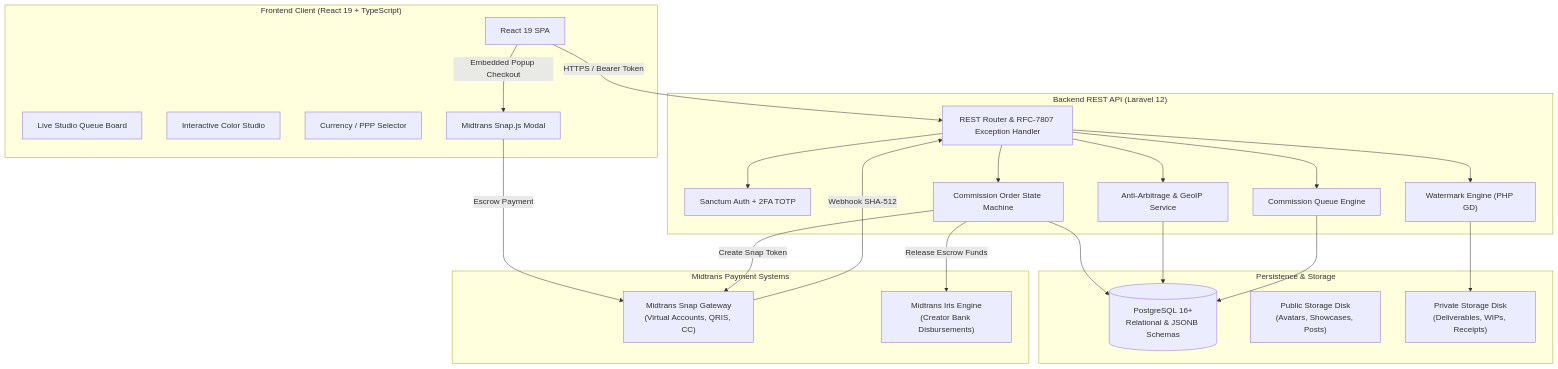
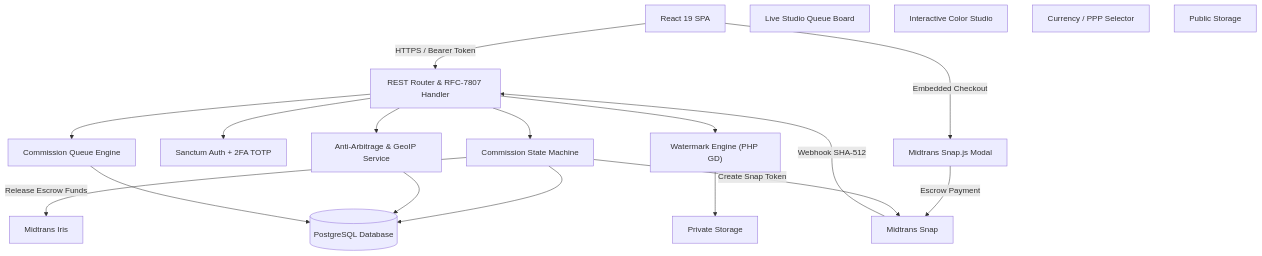
The first of 2 diagrams in Docs/ARCHITECTURE.md (LivingToBeATree/UKK), drawn with Mermaid before and after one commit. The commit also changed other lines of this file and 2 other files, not shown here.

Commit message:
refactor(docs): update architecture diagrams to flowchart format and enhance clarity

````diff
--- a/Docs/ARCHITECTURE.md
+++ b/Docs/ARCHITECTURE.md
@@ -15,49 +15,40 @@
 ```mermaid
-graph TD
-    subgraph ClientLayer["Frontend Client (React 19 + TypeScript)"]
-        UI["React 19 SPA"]
-        QueueBoard["Live Studio Queue Board"]
-        ColorStudio["Interactive Color Studio"]
-        PPPSwitcher["Currency / PPP Selector"]
-        SnapModal["Midtrans Snap.js Modal"]
-    end
+flowchart TD
+    UI["React 19 SPA"]
+    QueueBoard["Live Studio Queue Board"]
+    ColorStudio["Interactive Color Studio"]
+    PPP["Currency / PPP Selector"]
+    SnapModal["Midtrans Snap.js Modal"]
 
-    subgraph APILayer["Backend REST API (Laravel 12)"]
-        Router["REST Router & RFC-7807 Exception Handler"]
-        Sanctum["Sanctum Auth + 2FA TOTP"]
-        StateMachine["Commission Order State Machine"]
-        AntiArbitrage["Anti-Arbitrage & GeoIP Service"]
-        Watermarker["Watermark Engine (PHP GD)"]
-        QueueService["Commission Queue Engine"]
-    end
+    Router["REST Router & RFC-7807 Handler"]
+    Sanctum["Sanctum Auth + 2FA TOTP"]
+    StateMachine["Commission State Machine"]
+    AntiArbitrage["Anti-Arbitrage & GeoIP Service"]
+    Watermarker["Watermark Engine (PHP GD)"]
+    QueueService["Commission Queue Engine"]
 
-    subgraph DataLayer["Persistence & Storage"]
-        DB[("PostgreSQL 16+<br/>Relational & JSONB Schemas")]
-        PublicDisk["Public Storage Disk<br/>(Avatars, Showcases, Posts)"]
-        PrivateDisk["Private Storage Disk<br/>(Deliverables, WIPs, Receipts)"]
-    end
-
-    subgraph PaymentGateways["Midtrans Payment Systems"]
-        MidtransSnap["Midtrans Snap Gateway<br/>(Virtual Accounts, QRIS, CC)"]
-        MidtransIris["Midtrans Iris Engine<br/>(Creator Bank Disbursements)"]
-    end
+    DB[("PostgreSQL Database")]
+    PublicDisk["Public Storage"]
+    PrivateDisk["Private Storage"]
+    MidtransSnap["Midtrans Snap"]
+    MidtransIris["Midtrans Iris"]
 
     UI -->|"HTTPS / Bearer Token"| Router
-    UI -->|"Embedded Popup Checkout"| SnapModal
+    UI -->|"Embedded Checkout"| SnapModal
     SnapModal -->|"Escrow Payment"| MidtransSnap
 
     Router --> Sanctum
     Router --> StateMachine
     Router --> AntiArbitrage
     Router --> Watermarker
     Router --> QueueService
 
     StateMachine --> DB
     AntiArbitrage --> DB
     Watermarker --> PrivateDisk
     QueueService --> DB
 
     StateMachine -->|"Create Snap Token"| MidtransSnap
     MidtransSnap -->|"Webhook SHA-512"| Router
     StateMachine -->|"Release Escrow Funds"| MidtransIris
 ```
````
